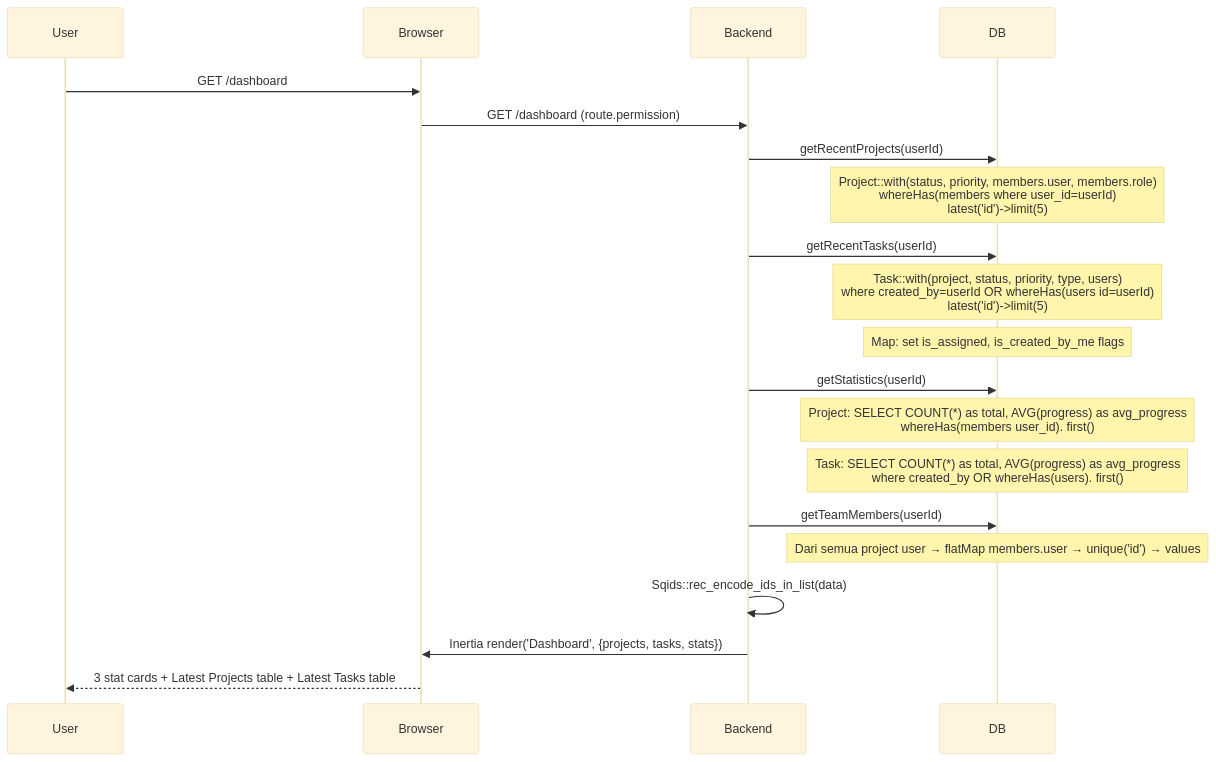
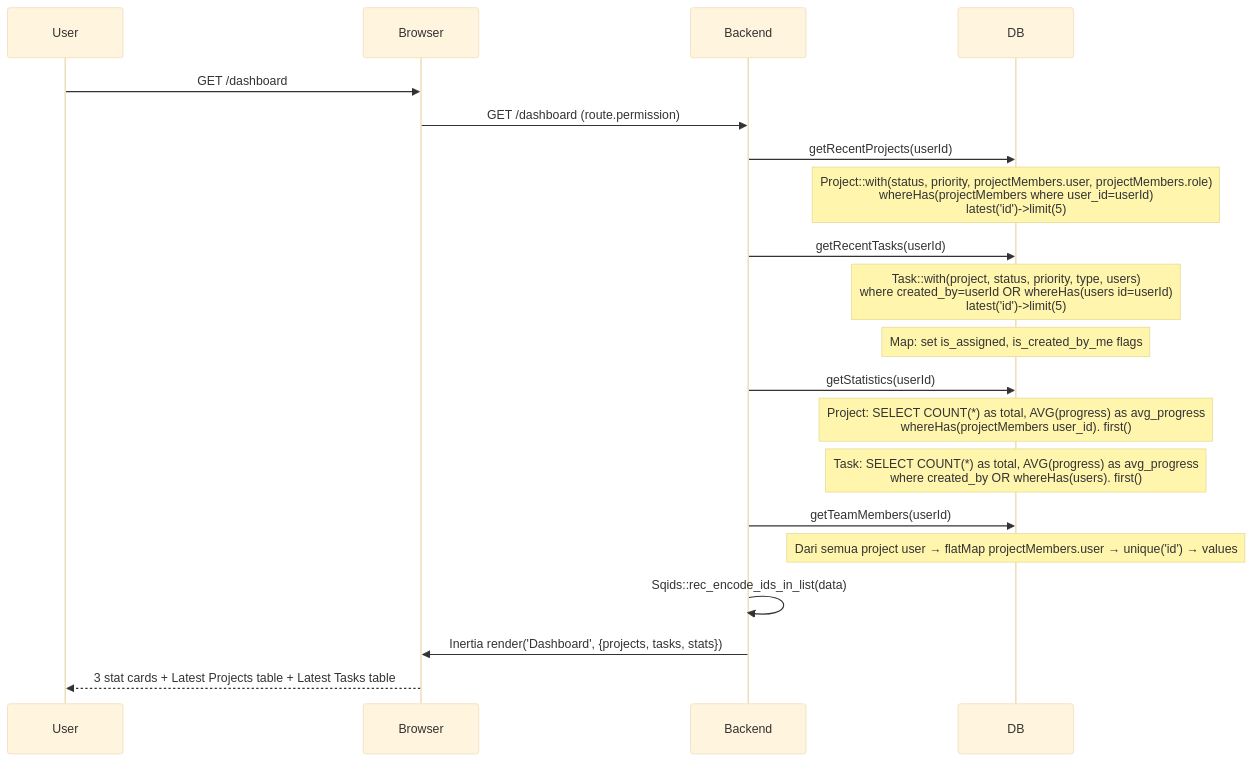
One commit to priamitra273/laptoplain changed the first of 2 diagrams in docs/dashboard/overview.md. Above: the diagram before and after it, drawn with Mermaid (base theme). The commit also changed other lines of this file and 14 other files, not shown here.

````diff
--- a/docs/dashboard/overview.md
+++ b/docs/dashboard/overview.md
@@ -11,24 +11,24 @@
 ```mermaid
 sequenceDiagram
     User->>Browser: GET /dashboard
     Browser->>Backend: GET /dashboard (route.permission)
 
     Backend->>DB: getRecentProjects(userId)
-    Note over DB: Project::with(status, priority, members.user, members.role)<br/>whereHas(members where user_id=userId)<br/>latest('id')->limit(5)
+    Note over DB: Project::with(status, priority, projectMembers.user, projectMembers.role)<br/>whereHas(projectMembers where user_id=userId)<br/>latest('id')->limit(5)
 
     Backend->>DB: getRecentTasks(userId)
     Note over DB: Task::with(project, status, priority, type, users)<br/>where created_by=userId OR whereHas(users id=userId)<br/>latest('id')->limit(5)
     Note over DB: Map: set is_assigned, is_created_by_me flags
 
     Backend->>DB: getStatistics(userId)
-    Note over DB: Project: SELECT COUNT(*) as total, AVG(progress) as avg_progress<br/>whereHas(members user_id). first()
+    Note over DB: Project: SELECT COUNT(*) as total, AVG(progress) as avg_progress<br/>whereHas(projectMembers user_id). first()
     Note over DB: Task: SELECT COUNT(*) as total, AVG(progress) as avg_progress<br/>where created_by OR whereHas(users). first()
 
     Backend->>DB: getTeamMembers(userId)
-    Note over DB: Dari semua project user → flatMap members.user → unique('id') → values
+    Note over DB: Dari semua project user → flatMap projectMembers.user → unique('id') → values
 
     Backend->>Backend: Sqids::rec_encode_ids_in_list(data)
     Backend->>Browser: Inertia render('Dashboard', {projects, tasks, stats})
 
     Browser-->>User: 3 stat cards + Latest Projects table + Latest Tasks table
 ```
````
